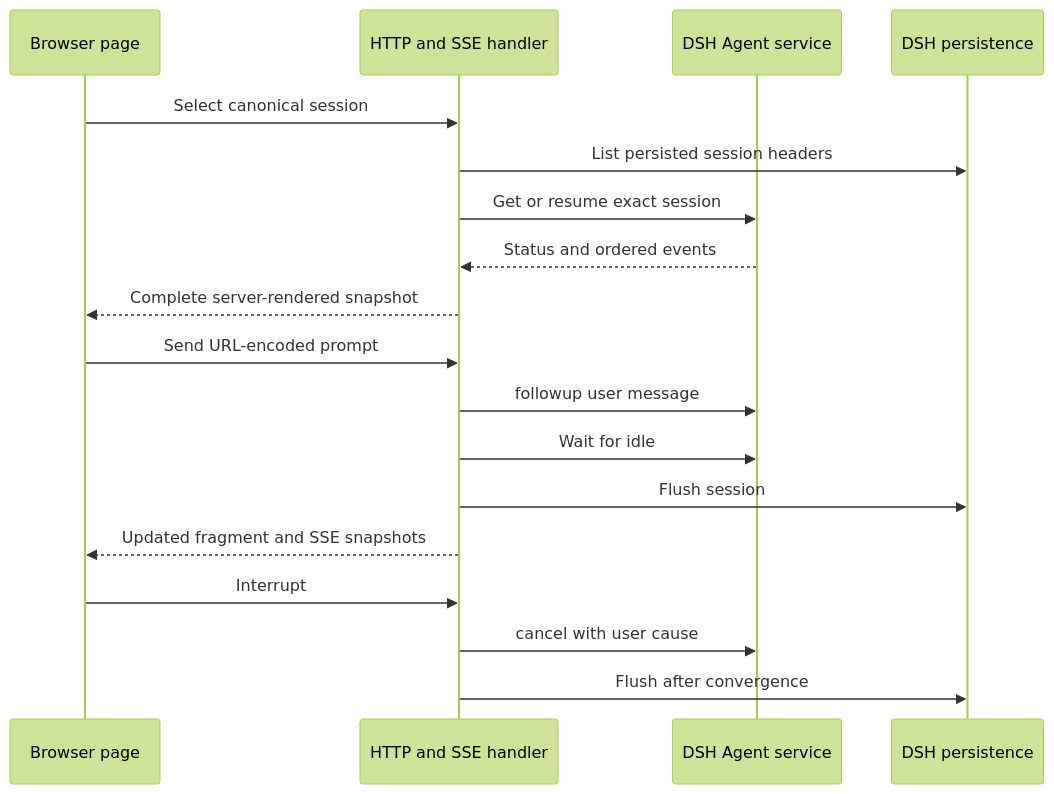
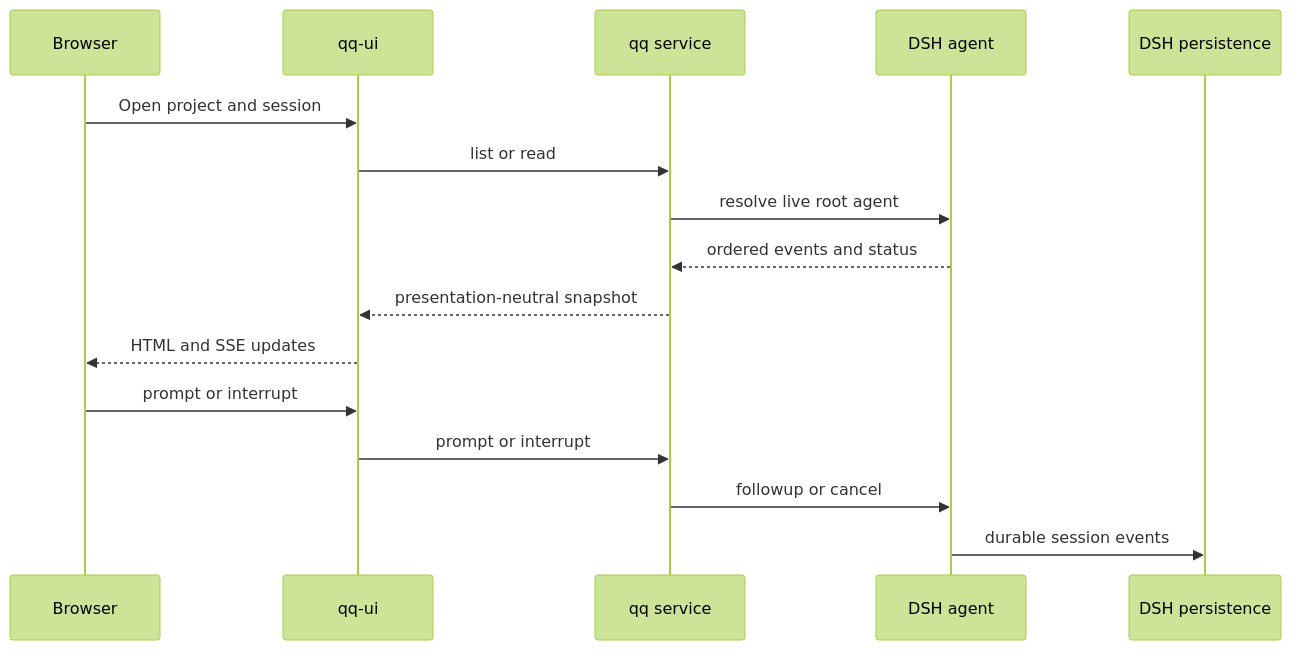
One commit to hypermemetic-ai/qq changed the diagram in openwiki/runtime/dsh-console.md. Above: the diagram before and after it, drawn with Mermaid (forest theme). The commit also changed other lines of this file and 18 other files, not shown here.

````diff
--- a/openwiki/runtime/dsh-console.md
+++ b/openwiki/runtime/dsh-console.md
@@ -22,20 +25,18 @@
 ```mermaid
 sequenceDiagram
-    participant B as Browser page
-    participant H as HTTP and SSE handler
-    participant A as DSH Agent service
+    participant B as Browser
+    participant UI as qq-ui
+    participant Q as qq service
+    participant D as DSH agent
     participant P as DSH persistence
-    B->>H: Select canonical session
-    H->>P: List persisted session headers
-    H->>A: Get or resume exact session
-    A-->>H: Status and ordered events
-    H-->>B: Complete server-rendered snapshot
-    B->>H: Send URL-encoded prompt
-    H->>A: followup user message
-    H->>A: Wait for idle
-    H->>P: Flush session
-    H-->>B: Updated fragment and SSE snapshots
-    B->>H: Interrupt
-    H->>A: cancel with user cause
-    H->>P: Flush after convergence
+    B->>UI: Open project and session
+    UI->>Q: list or read
+    Q->>D: resolve live root agent
+    D-->>Q: ordered events and status
+    Q-->>UI: presentation-neutral snapshot
+    UI-->>B: HTML and SSE updates
+    B->>UI: prompt or interrupt
+    UI->>Q: prompt or interrupt
+    Q->>D: followup or cancel
+    D->>P: durable session events
 ```
````
